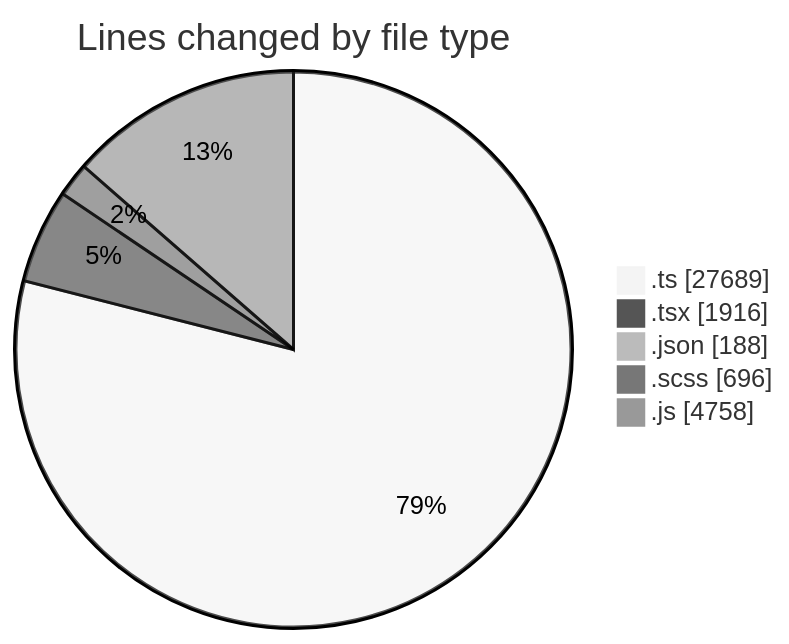
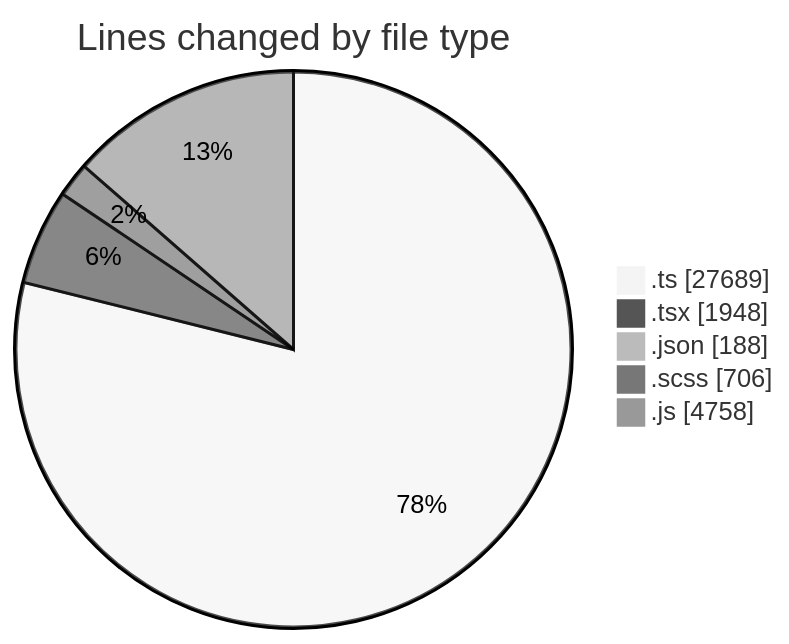
One commit to momahboobian/code-tracking changed the first of 2 diagrams in 2026-05-07/cda/README.md. Above: the diagram before and after it, drawn with Mermaid (neutral theme). The commit also changed other lines of this file and 1 other file, not shown here.

````diff
--- a/2026-05-07/cda/README.md
+++ b/2026-05-07/cda/README.md
@@ -46,9 +46,9 @@
 ```mermaid
 pie showData
 title Lines changed by file type
 ".ts" : 27689
-".tsx" : 1916
+".tsx" : 1948
 ".json" : 188
-".scss" : 696
+".scss" : 706
 ".js" : 4758
 ```
````
